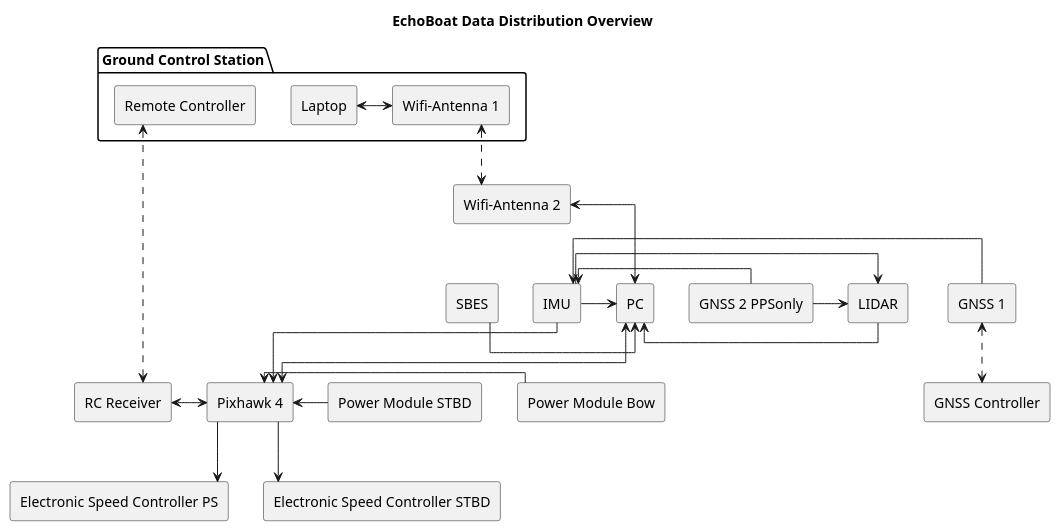
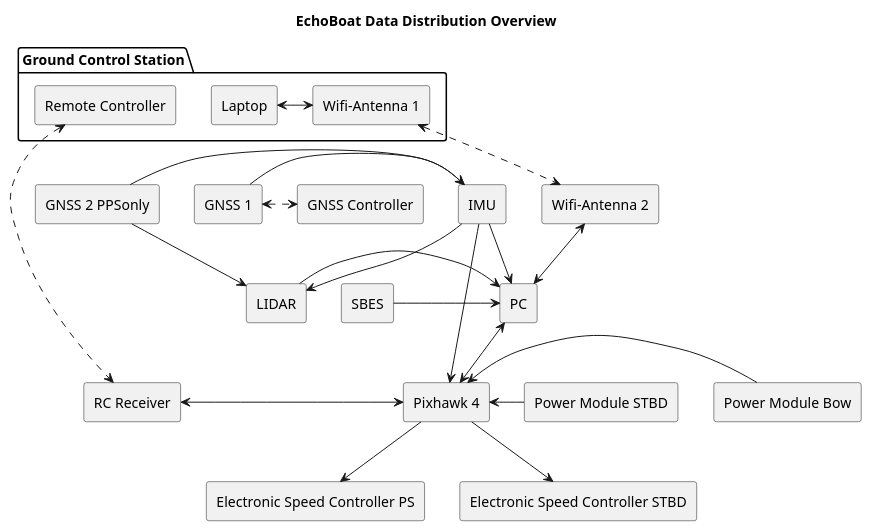
The diagram in electrical_schemes/overview/overview_data.plantuml (MalteBiermann/EchoBoat), drawn with PlantUML before and after one commit.

Commit message:
minor fixes

```diff
--- a/electrical_schemes/overview/overview_data.plantuml
+++ b/electrical_schemes/overview/overview_data.plantuml
@@ -1,69 +1,67 @@
 @startuml
 title "EchoBoat Data Distribution Overview"
 skinparam componentStyle rectangle
-skinparam linetype ortho
+' skinparam linetype ortho
 
 component "Pixhawk 4" as PH
 component "PC"
 component "SBES"
 
 together {
 together {
     component "GNSS 1" as GNSS1
     component "GNSS Controller" as GNSSC
 }
 component "GNSS 2 PPSonly" as GNSS2
 component "IMU"
 component "LIDAR"
 }
 
 together {
 component "Power Module STBD" as PMstbd
 component "Power Module Bow" as PMbow
 }
 
 component "Electronic Speed Controller PS" as ESCps
 component "Electronic Speed Controller STBD" as ESCstbd
 component "RC Receiver" as RCtrans
 
 package "Ground Control Station"{
     component "Remote Controller" as RC
     component "Laptop"
     component "Wifi-Antenna 1" as Wifi1
 }
 component "Wifi-Antenna 2" as Wifi2
 
 RCtrans <-> PH
 RC <..down..> RCtrans
 
 Wifi1 <-left-> Laptop
 Wifi1 <..> Wifi2
 Wifi2 <-right-> PC
 
-PMbow -left-> PH 
-PMstbd -left-> PH
+PMbow -> PH 
+PMstbd -> PH
 
 PH <-up-> PC
 
-SBES -r-> PC
+SBES -> PC
 
 IMU --> LIDAR
 LIDAR -> PC
-GNSS2 -> LIDAR
+GNSS2 -l-> LIDAR
 GNSS2 -l-> IMU
 
-
-GNSS1 <..> GNSSC
+GNSS1 <.> GNSSC
 GNSS1 --> IMU
 IMU -> PH
 IMU -> PC
-
 
 PH -down-> ESCps
 PH -down-> ESCstbd
 
 ' [Battery PS] -up-> ESCps
 ' [PMstbd] -right-> ESCstbd
 
 ' hide @unlinked
 @enduml
```
